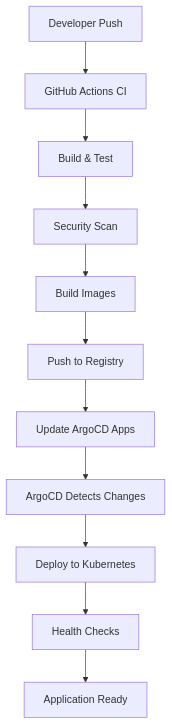
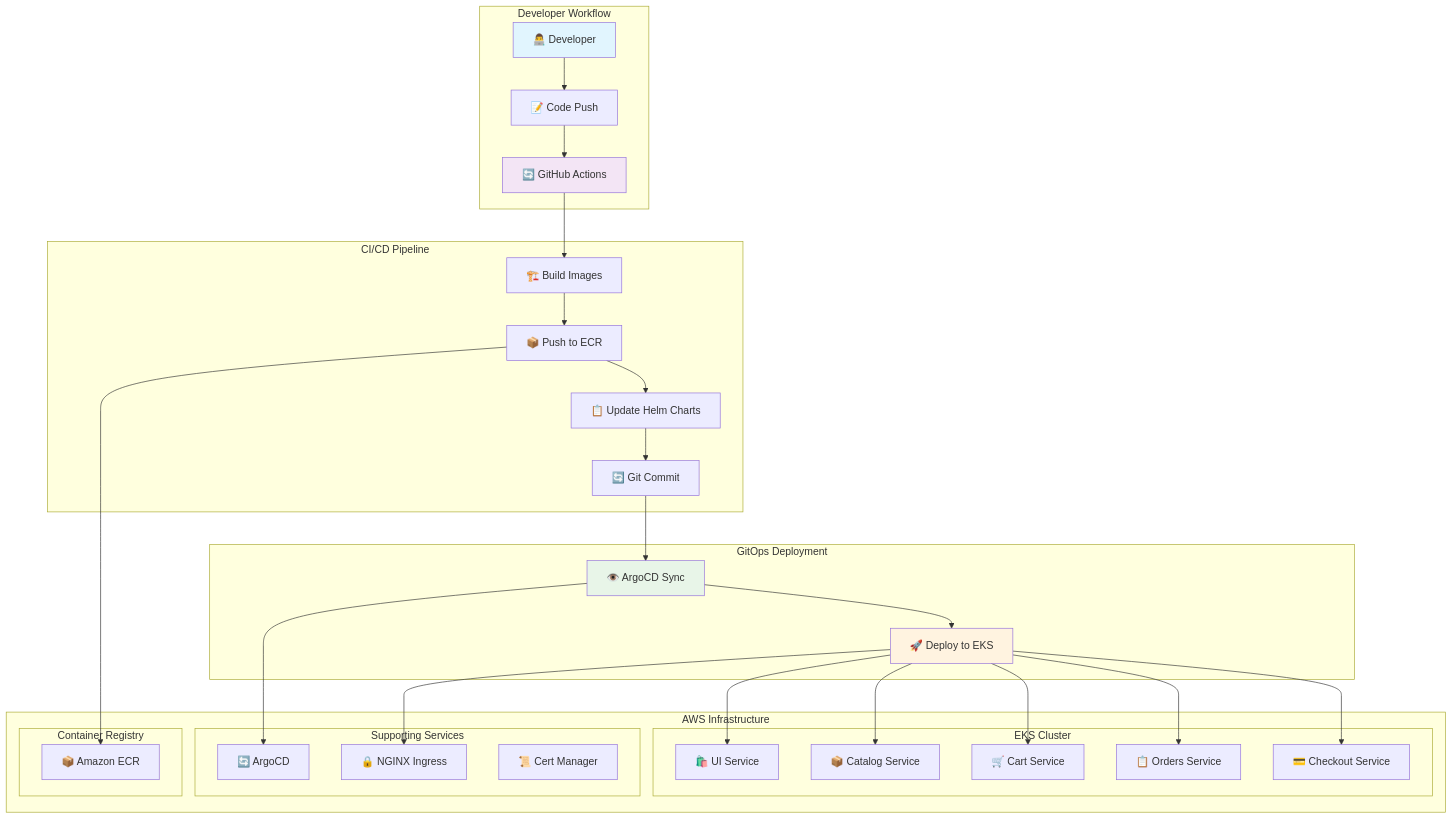
One commit to NitishJha199/retail-store-opentofu-gitops changed the first of 2 diagrams in README.md. Above: the diagram before and after it, drawn with Mermaid. The commit also changed other lines of this file and 35 other files, not shown here.

````diff
--- a/README.md
+++ b/README.md
@@ -395,13 +35,48 @@
 ```mermaid
-graph TD
-    A[Developer Push] --> B[GitHub Actions CI]
-    B --> C[Build & Test]
-    C --> D[Security Scan]
-    D --> E[Build Images]
-    E --> F[Push to Registry]
-    F --> G[Update ArgoCD Apps]
-    G --> H[ArgoCD Detects Changes]
-    H --> I[Deploy to Kubernetes]
-    I --> J[Health Checks]
-    J --> K[Application Ready]
+graph TB
+    subgraph "Developer Workflow"
+        A[👨‍💻 Developer] --> B[📝 Code Push]
+        B --> C[🔄 GitHub Actions]
+    end
+    
+    subgraph "CI/CD Pipeline"
+        C --> D[🏗️ Build Images]
+        D --> E[📦 Push to ECR]
+        E --> F[📋 Update Helm Charts]
+        F --> G[🔄 Git Commit]
+    end
+    
+    subgraph "GitOps Deployment"
+        G --> H[👁️ ArgoCD Sync]
+        H --> I[🚀 Deploy to EKS]
+    end
+    
+    subgraph "AWS Infrastructure"
+        subgraph "EKS Cluster"
+            I --> J[🛍️ UI Service]
+            I --> K[📦 Catalog Service]
+            I --> L[🛒 Cart Service]
+            I --> M[📋 Orders Service]
+            I --> N[💳 Checkout Service]
+        end
+        
+        subgraph "Supporting Services"
+            O[🔄 ArgoCD]
+            P[🔒 NGINX Ingress]
+            Q[📜 Cert Manager]
+        end
+        
+        subgraph "Container Registry"
+            R[📦 Amazon ECR]
+        end
+    end
+    
+    E --> R
+    H --> O
+    I --> P
+    
+    style A fill:#e1f5fe
+    style C fill:#f3e5f5
+    style H fill:#e8f5e8
+    style I fill:#fff3e0
 ```
````
